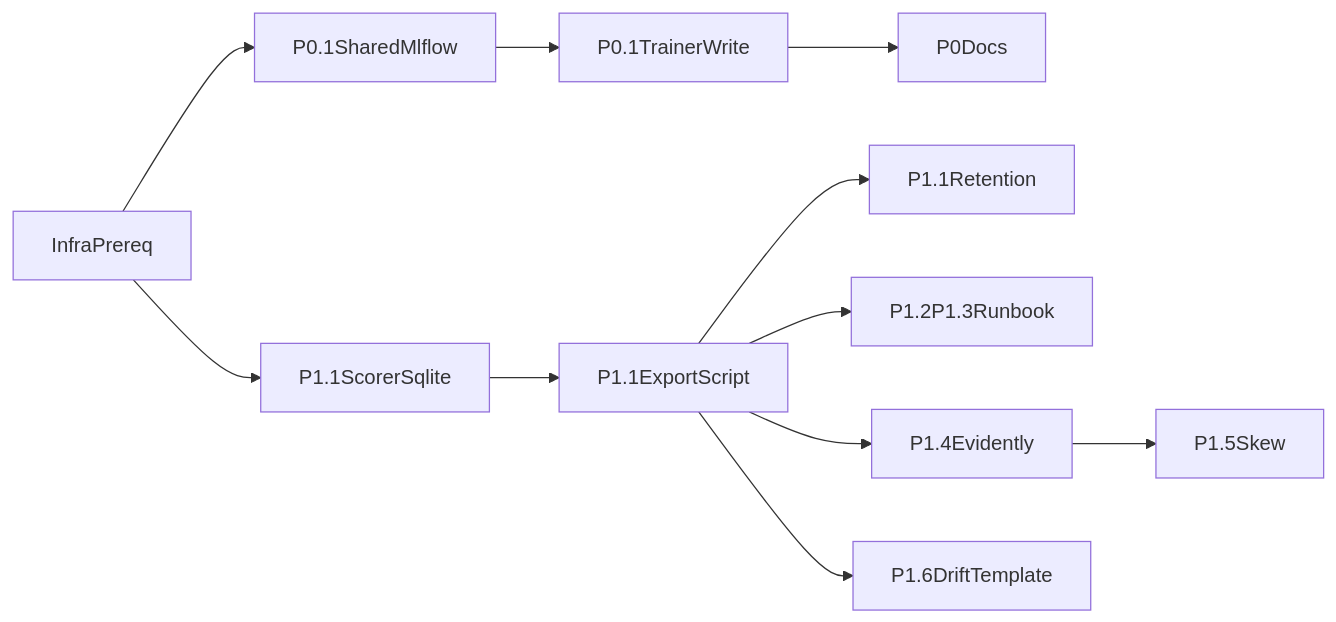
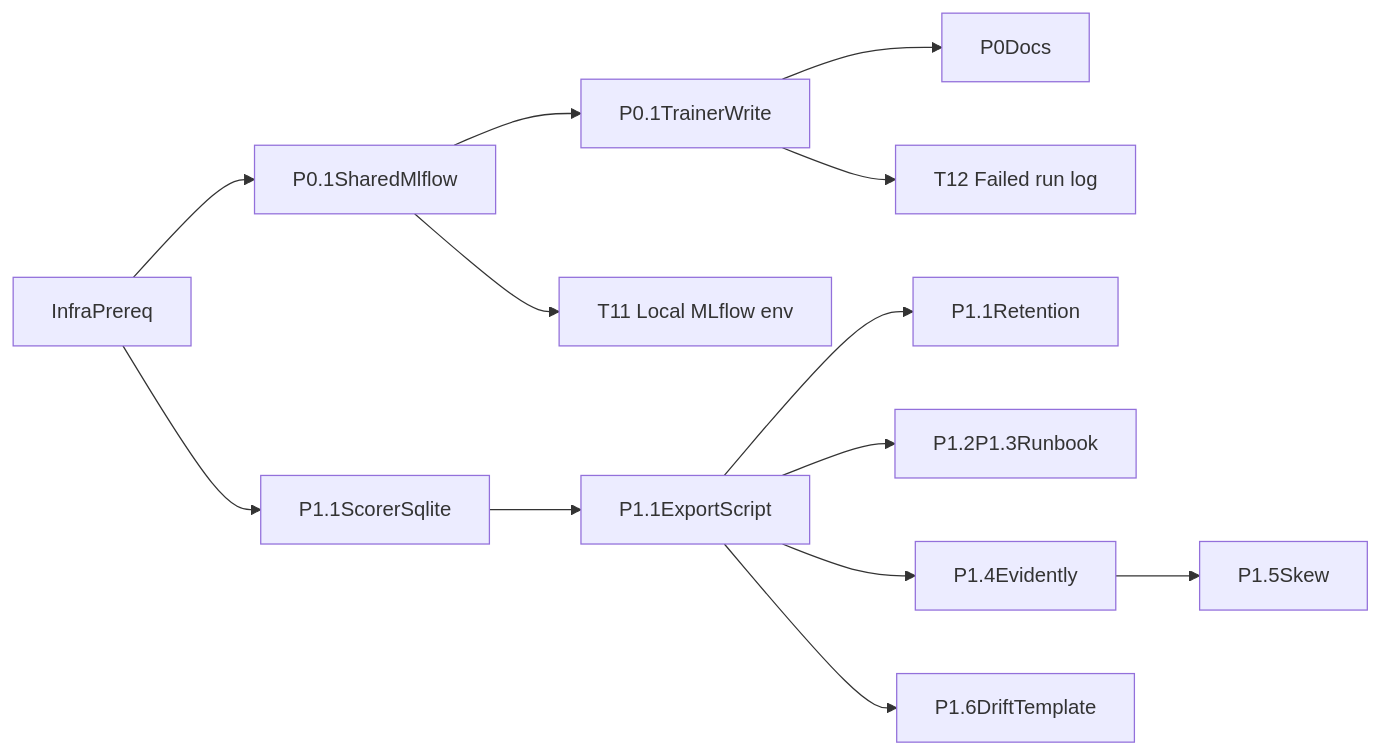
One commit to comsaint/Patron_Walkaway changed the diagram in .cursor/plans/PLAN_phase2_p0_p1.md. Above: the diagram before and after it, drawn with Mermaid. The commit also changed other lines of this file and 7 other files, not shown here.

First line of the commit message:
Enhance MLflow Integration and Local Configuration Management

````diff
--- a/.cursor/plans/PLAN_phase2_p0_p1.md
+++ b/.cursor/plans/PLAN_phase2_p0_p1.md
@@ -43,13 +43,15 @@
 ```mermaid
 flowchart LR
   prereq[InfraPrereq] --> p01[P0.1SharedMlflow]
   prereq --> p11[P1.1ScorerSqlite]
   p01 --> p02[P0.1TrainerWrite]
   p02 --> p03[P0Docs]
+  p02 --> t12[T12 Failed run log]
+  p01 --> t11[T11 Local MLflow env]
   p11 --> p12[P1.1ExportScript]
   p12 --> p13[P1.1Retention]
   p12 --> p14[P1.2P1.3Runbook]
   p12 --> p15[P1.4Evidently]
   p15 --> p16[P1.5Skew]
   p12 --> p17[P1.6DriftTemplate]
 ```
````
